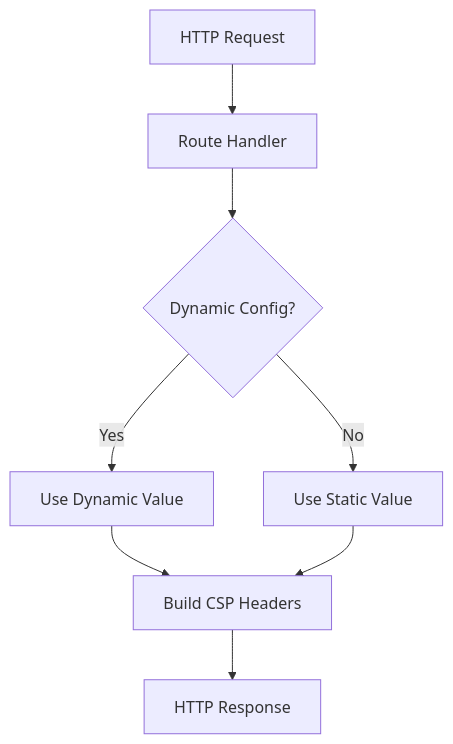
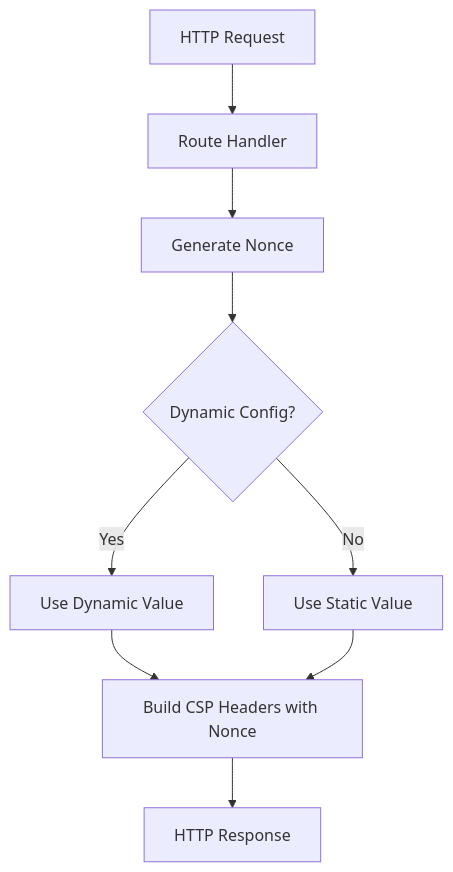
The second of 2 diagrams in docs/features/opensearch-dashboards/opensearch-dashboards-dashboards-csp.md (tkykenmt/opensearch-feature-explorer), drawn with Mermaid before and after one commit. The commit also changed other lines of this file and 2 other files, not shown here.

Commit message:
docs: add dashboards-csp-security report for v3.5.0 (#2564)

````diff
--- a/docs/features/opensearch-dashboards/opensearch-dashboards-dashboards-csp.md
+++ b/docs/features/opensearch-dashboards/opensearch-dashboards-dashboards-csp.md
@@ -42,10 +50,11 @@
 ```mermaid
 flowchart TB
     Request[HTTP Request] --> Handler[Route Handler]
-    Handler --> DynamicCheck{Dynamic Config?}
+    Handler --> NonceGen[Generate Nonce]
+    NonceGen --> DynamicCheck{Dynamic Config?}
     DynamicCheck -->|Yes| DynamicValue[Use Dynamic Value]
     DynamicCheck -->|No| StaticValue[Use Static Value]
-    DynamicValue --> BuildHeaders[Build CSP Headers]
+    DynamicValue --> BuildHeaders[Build CSP Headers with Nonce]
     StaticValue --> BuildHeaders
     BuildHeaders --> Response[HTTP Response]
 ```
````
